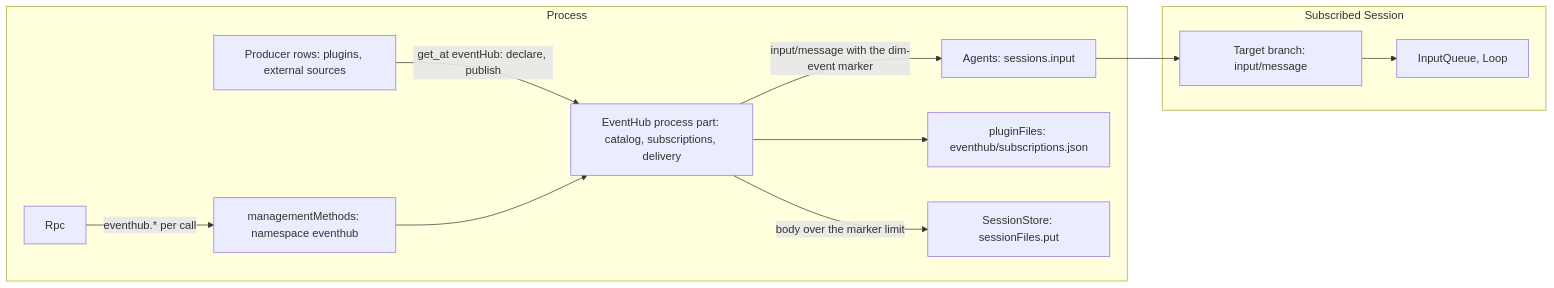
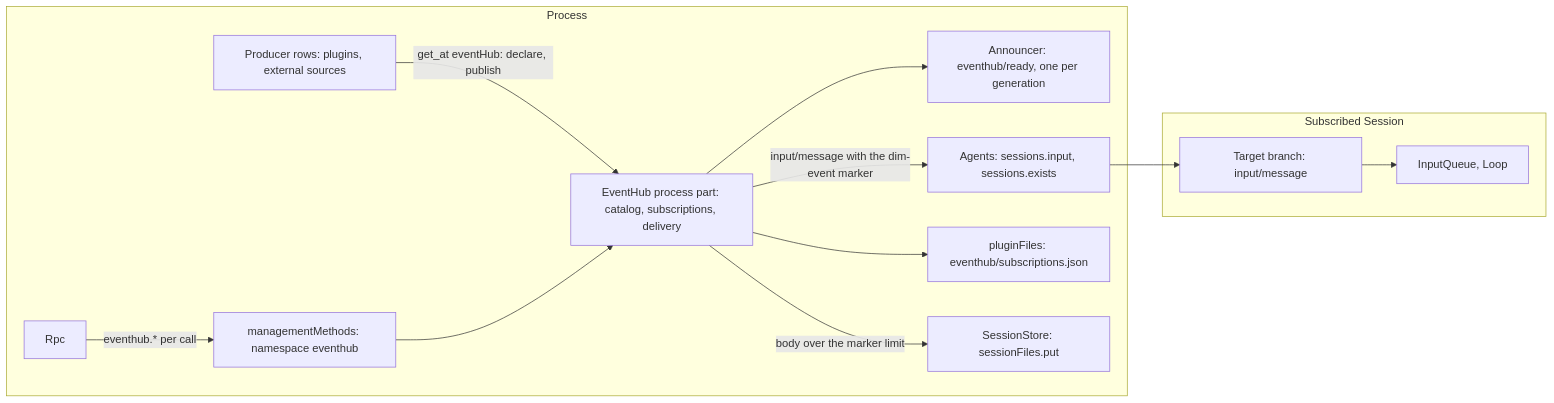
One commit to CoutinhoTTS/dim-agent changed the first of 2 diagrams in docs/design/plugins/EventHub.md. Above: the diagram before and after it, drawn with Mermaid. The commit also changed other lines of this file and 3 other files, not shown here.

First line of the commit message:
docs(eventhub): own the catalog per install and close the review's races

````diff
--- a/docs/design/plugins/EventHub.md
+++ b/docs/design/plugins/EventHub.md
@@ -11,24 +11,26 @@
 ```mermaid
 flowchart LR
   subgraph PROC["Process"]
     Prod["Producer rows: plugins, external sources"]
     Hub["EventHub process part: catalog, subscriptions, delivery"]
+    Ready["Announcer: eventhub/ready, one per generation"]
     MM["managementMethods: namespace eventhub"]
     Rpc["Rpc"]
-    Agents["Agents: sessions.input"]
+    Agents["Agents: sessions.input, sessions.exists"]
     Files["pluginFiles: eventhub/subscriptions.json"]
     SF["SessionStore: sessionFiles.put"]
   end
   subgraph SESS["Subscribed Session"]
     TL["Target branch: input/message"]
     IQ["InputQueue, Loop"]
   end
   Prod -->|"get_at eventHub: declare, publish"| Hub
   Hub --> Files
   Hub -->|"input/message with the dim-event marker"| Agents
   Agents --> TL
   Hub -->|"body over the marker limit"| SF
   Rpc -->|"eventhub.* per call"| MM
   MM --> Hub
+  Hub --> Ready
   TL --> IQ
 ```
````
